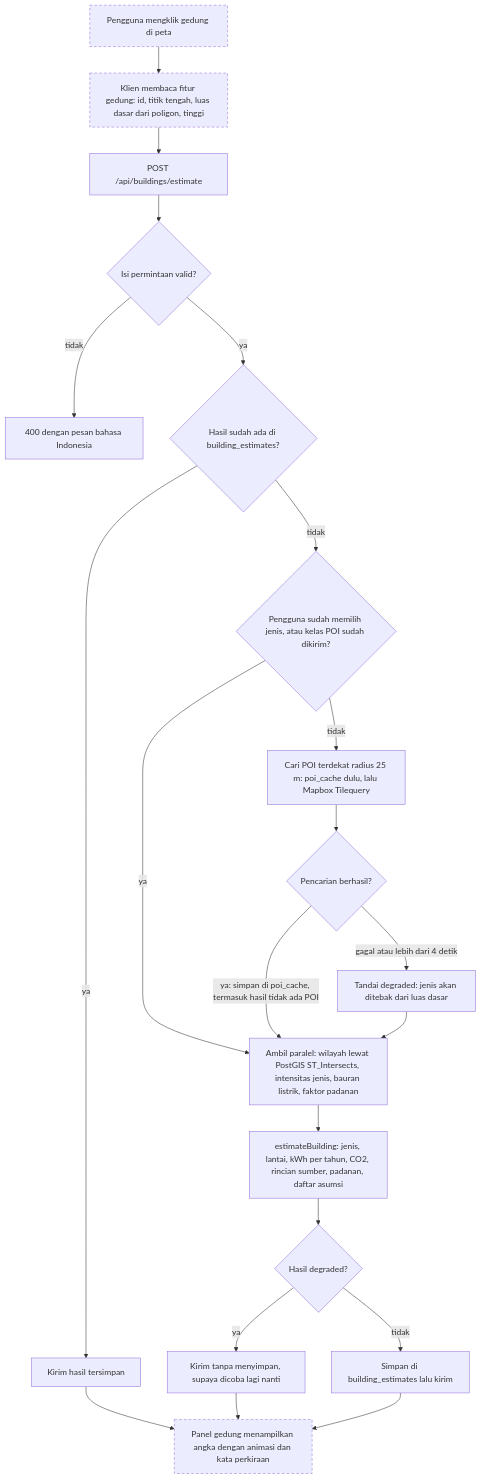
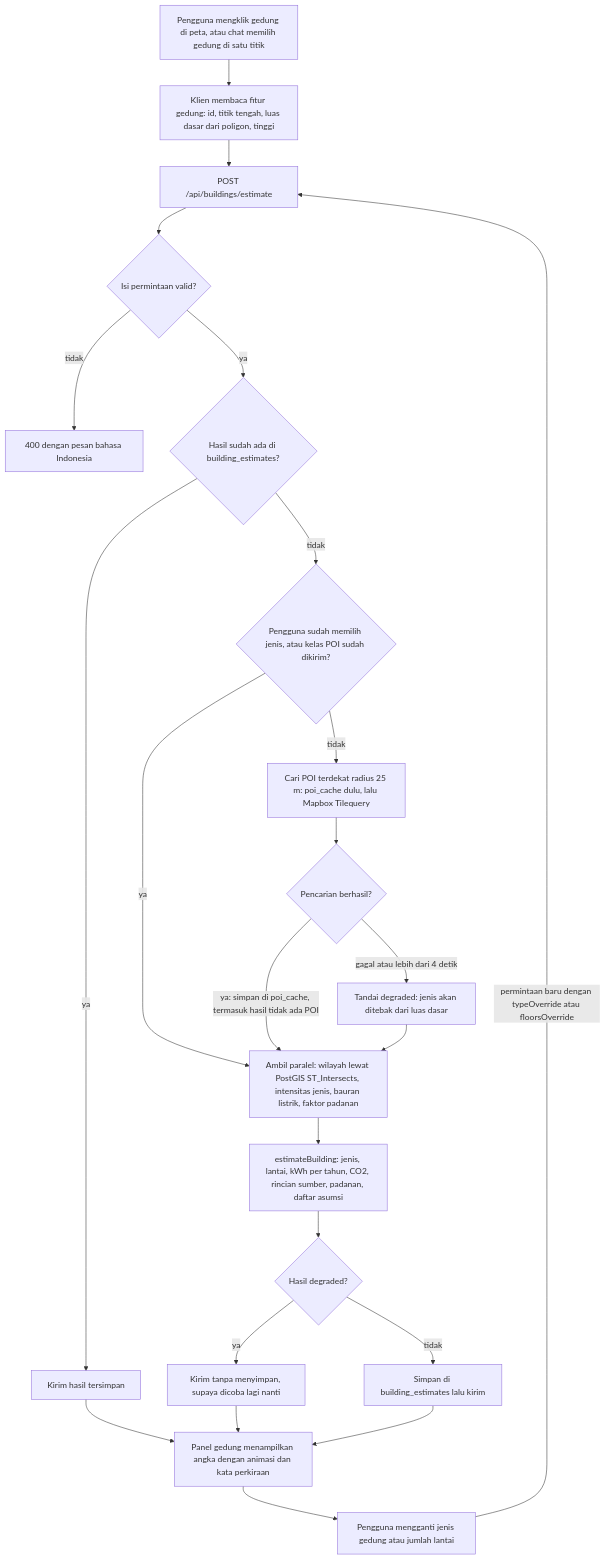
One commit to akhmadqasim/malas-ngoding changed the second of 7 diagrams in docs/technical/flows.md. Above: the diagram before and after it, drawn with Mermaid. The commit also changed other lines of this file and 8 other files, not shown here.

````diff
--- a/docs/technical/flows.md
+++ b/docs/technical/flows.md
@@ -60,26 +57,25 @@
 ```mermaid
 flowchart TD
-  A["Pengguna mengklik gedung di peta"] --> B["Klien membaca fitur gedung: id, titik tengah, luas dasar dari poligon, tinggi"]
+  A["Pengguna mengklik gedung di peta, atau chat memilih gedung di satu titik"] --> B["Klien membaca fitur gedung: id, titik tengah, luas dasar dari poligon, tinggi"]
   B --> C["POST /api/buildings/estimate"]
   C --> D{"Isi permintaan valid?"}
   D -->|tidak| D1["400 dengan pesan bahasa Indonesia"]
   D -->|ya| E{"Hasil sudah ada di building_estimates?"}
   E -->|ya| Z["Kirim hasil tersimpan"]
   E -->|tidak| F{"Pengguna sudah memilih jenis, atau kelas POI sudah dikirim?"}
   F -->|ya| J
   F -->|tidak| G["Cari POI terdekat radius 25 m: poi_cache dulu, lalu Mapbox Tilequery"]
   G --> H{"Pencarian berhasil?"}
   H -->|"ya: simpan di poi_cache, termasuk hasil tidak ada POI"| J
   H -->|"gagal atau lebih dari 4 detik"| I["Tandai degraded: jenis akan ditebak dari luas dasar"]
   I --> J["Ambil paralel: wilayah lewat PostGIS ST_Intersects, intensitas jenis, bauran listrik, faktor padanan"]
   J --> K["estimateBuilding: jenis, lantai, kWh per tahun, CO2, rincian sumber, padanan, daftar asumsi"]
   K --> L{"Hasil degraded?"}
   L -->|ya| M["Kirim tanpa menyimpan, supaya dicoba lagi nanti"]
   L -->|tidak| N["Simpan di building_estimates lalu kirim"]
   Z --> P["Panel gedung menampilkan angka dengan animasi dan kata perkiraan"]
   M --> P
   N --> P
-
-  classDef pending stroke-dasharray: 5 4
-  class A,B,P pending
+  P --> U["Pengguna mengganti jenis gedung atau jumlah lantai"]
+  U -->|"permintaan baru dengan typeOverride atau floorsOverride"| C
 ```
````
